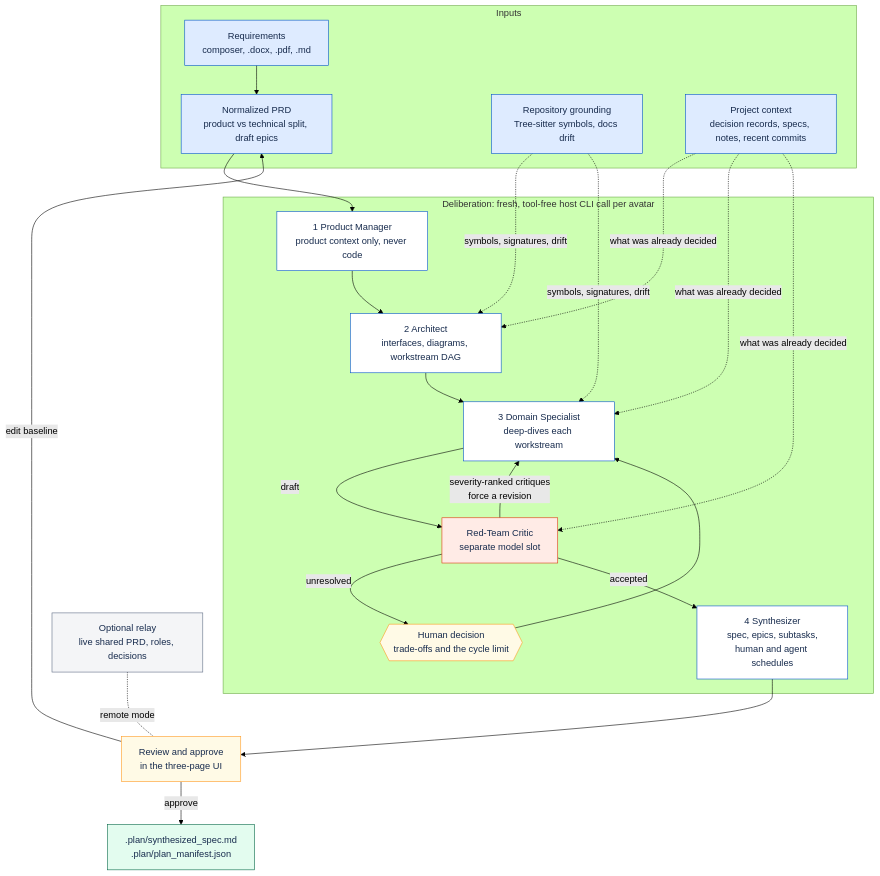
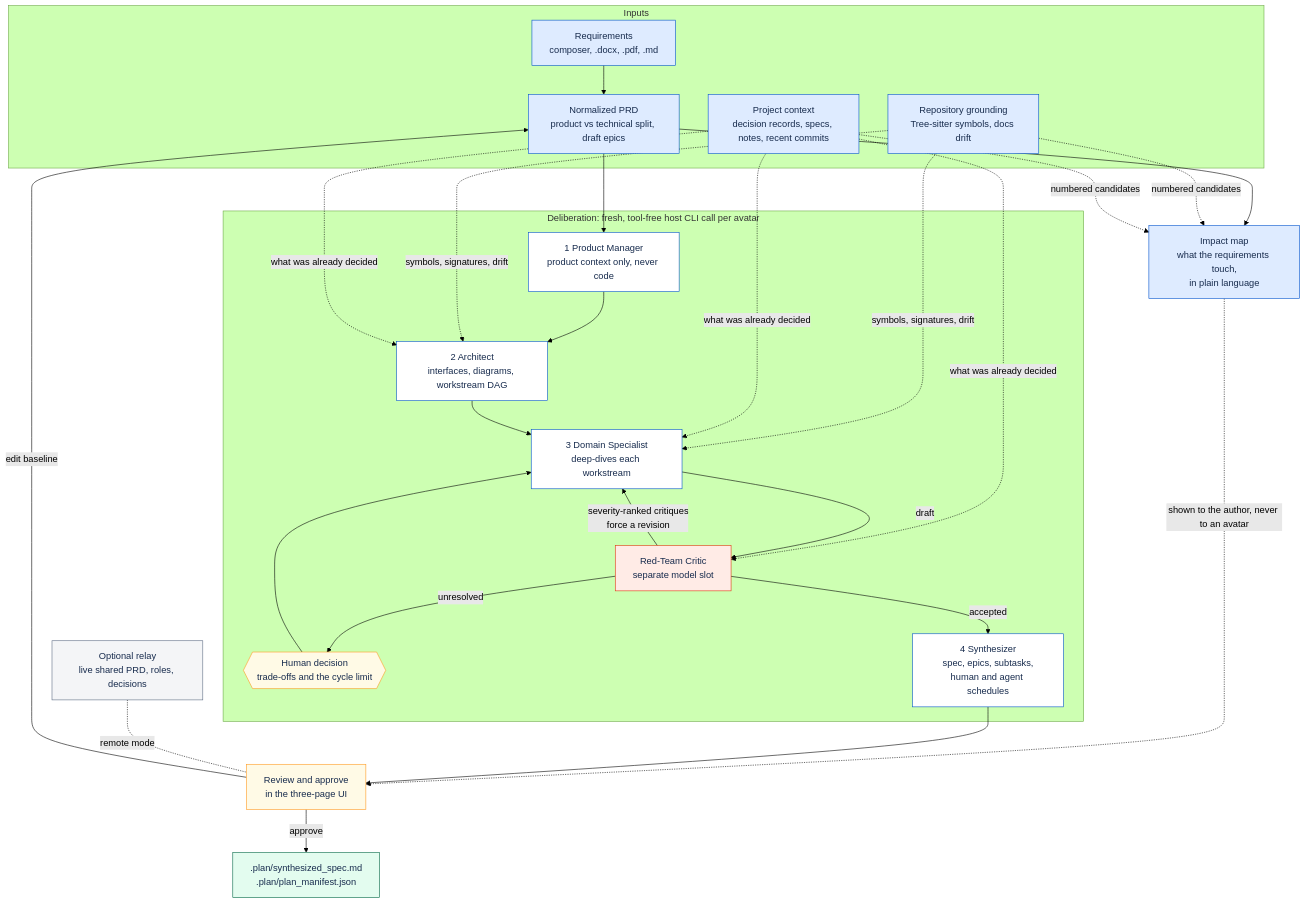
The diagram in README.md (danielckv/agentic-plan-forge), drawn with Mermaid (forest theme) before and after one commit. The commit also changed other lines of this file and 46 other files, not shown here.

````diff
--- a/README.md
+++ b/README.md
@@ -69,48 +76,53 @@
 ```mermaid
 flowchart TD
     classDef input fill:#DEEBFF,stroke:#0052CC,color:#172B4D
     classDef avatar fill:#FFFFFF,stroke:#0052CC,color:#172B4D
     classDef critic fill:#FFEBE6,stroke:#DE350B,color:#172B4D
     classDef output fill:#E3FCEF,stroke:#006644,color:#172B4D
     classDef human fill:#FFFAE6,stroke:#FF991F,color:#172B4D
     classDef infra fill:#F4F5F7,stroke:#5E6C84,color:#172B4D
 
     subgraph IN["Inputs"]
         REQ["Requirements<br/>composer, .docx, .pdf, .md"]:::input
         PRD["Normalized PRD<br/>product vs technical split, draft epics"]:::input
         GROUND["Repository grounding<br/>Tree-sitter symbols, docs drift"]:::input
         CONTEXT["Project context<br/>decision records, specs, notes, recent commits"]:::input
     end
 
     subgraph DELIB["Deliberation: fresh, tool-free host CLI call per avatar"]
         PM["1 Product Manager<br/>product context only, never code"]:::avatar
         ARCH["2 Architect<br/>interfaces, diagrams, workstream DAG"]:::avatar
         DOMAIN["3 Domain Specialist<br/>deep-dives each workstream"]:::avatar
         CRITIC["Red-Team Critic<br/>separate model slot"]:::critic
         DECIDE{{"Human decision<br/>trade-offs and the cycle limit"}}:::human
         SYNTH["4 Synthesizer<br/>spec, epics, subtasks,<br/>human and agent schedules"]:::avatar
     end
 
+    MAP["Impact map<br/>what the requirements touch,<br/>in plain language"]:::input
     RELAY["Optional relay<br/>live shared PRD, roles, decisions"]:::infra
     REVIEW["Review and approve<br/>in the three-page UI"]:::human
     OUT[".plan/synthesized_spec.md<br/>.plan/plan_manifest.json"]:::output
 
     REQ --> PRD
+    PRD --> MAP
+    GROUND -. "numbered candidates" .-> MAP
+    CONTEXT -. "numbered candidates" .-> MAP
+    MAP -. "shown to the author, never to an avatar" .-> REVIEW
     PRD --> PM
     PM --> ARCH
     GROUND -. "symbols, signatures, drift" .-> ARCH
     GROUND -. "symbols, signatures, drift" .-> DOMAIN
     CONTEXT -. "what was already decided" .-> ARCH
     CONTEXT -. "what was already decided" .-> DOMAIN
     CONTEXT -. "what was already decided" .-> CRITIC
     ARCH --> DOMAIN
     DOMAIN -- "draft" --> CRITIC
     CRITIC -- "severity-ranked critiques<br/>force a revision" --> DOMAIN
     CRITIC -- "unresolved" --> DECIDE
     DECIDE --> DOMAIN
     CRITIC -- "accepted" --> SYNTH
     SYNTH --> REVIEW
     RELAY -. "remote mode" .- REVIEW
     REVIEW -- "approve" --> OUT
     REVIEW -- "edit baseline" --> PRD
 ```
````
